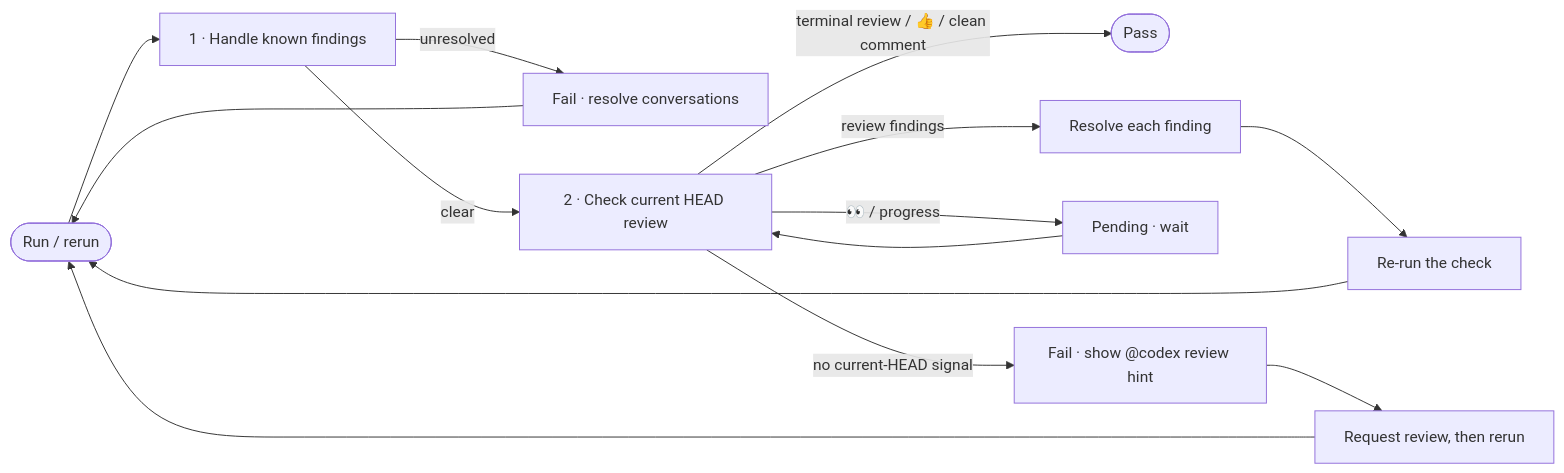
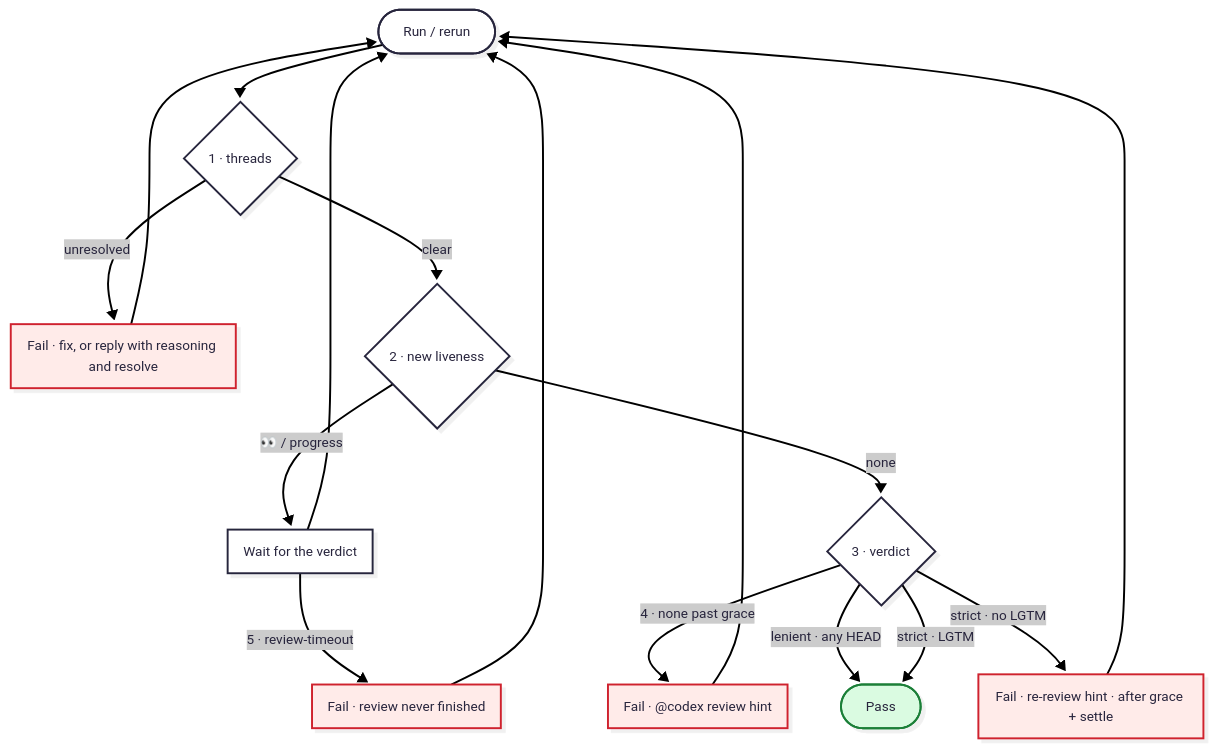
One commit to kkkiio/codex-review-check changed the diagram in README.md. Above: the diagram before and after it, drawn with Mermaid. The commit also changed other lines of this file and 2 other files, not shown here.

First paragraph of the commit message:
Rewrite the README state model as a themed diagram plus an ordered decision chain (#4)
* Rewrite the README state model as a themed diagram plus an ordered decision chain

````diff
--- a/README.md
+++ b/README.md
@@ -37,21 +36,27 @@
 ```mermaid
-flowchart LR
-    A([Run / rerun]) --> B[1 · Handle known findings]
-
-    B -- unresolved --> C[Fail · resolve conversations]
+---
+config:
+  look: neo
+  theme: redux
+---
+flowchart TB
+    A([Run / rerun]) --> B{1 · threads}
+    B -- unresolved --> C[Fail · fix, or reply with reasoning and resolve]
     C --> A
-
-    B -- clear --> D[2 · Check current HEAD review]
-
-    D -- "terminal review / 👍 / clean comment" --> E([Pass])
-    D -- "review findings" --> I[Resolve each finding]
-    I --> J[Re-run the check]
+    B -- clear --> D{2 · new liveness}
+    D -- "👀 / progress" --> E[Wait for the verdict]
+    E --> A
+    E -- "5 · review-timeout" --> J[Fail · review never finished]
     J --> A
-
-    D -- "👀 / progress" --> F[Pending · wait]
-    F --> D
-
-    D -- "no current-HEAD signal" --> G[Fail · show @codex review hint]
-    G --> H[Request review, then rerun]
-    H --> A
+    D -- none --> F{3 · verdict}
+    F -- "4 · none past grace" --> G[Fail · @codex review hint]
+    G --> A
+    F -- "lenient · any HEAD" --> H([Pass])
+    F -- "strict · LGTM" --> H
+    F -- "strict · no LGTM" --> I[Fail · re-review hint · after grace + settle]
+    I --> A
+    classDef pass fill:#dafbe1,stroke:#1a7f37
+    classDef fail fill:#ffebe9,stroke:#cf222e
+    class H pass
+    class C,G,I,J fail
 ```
````
